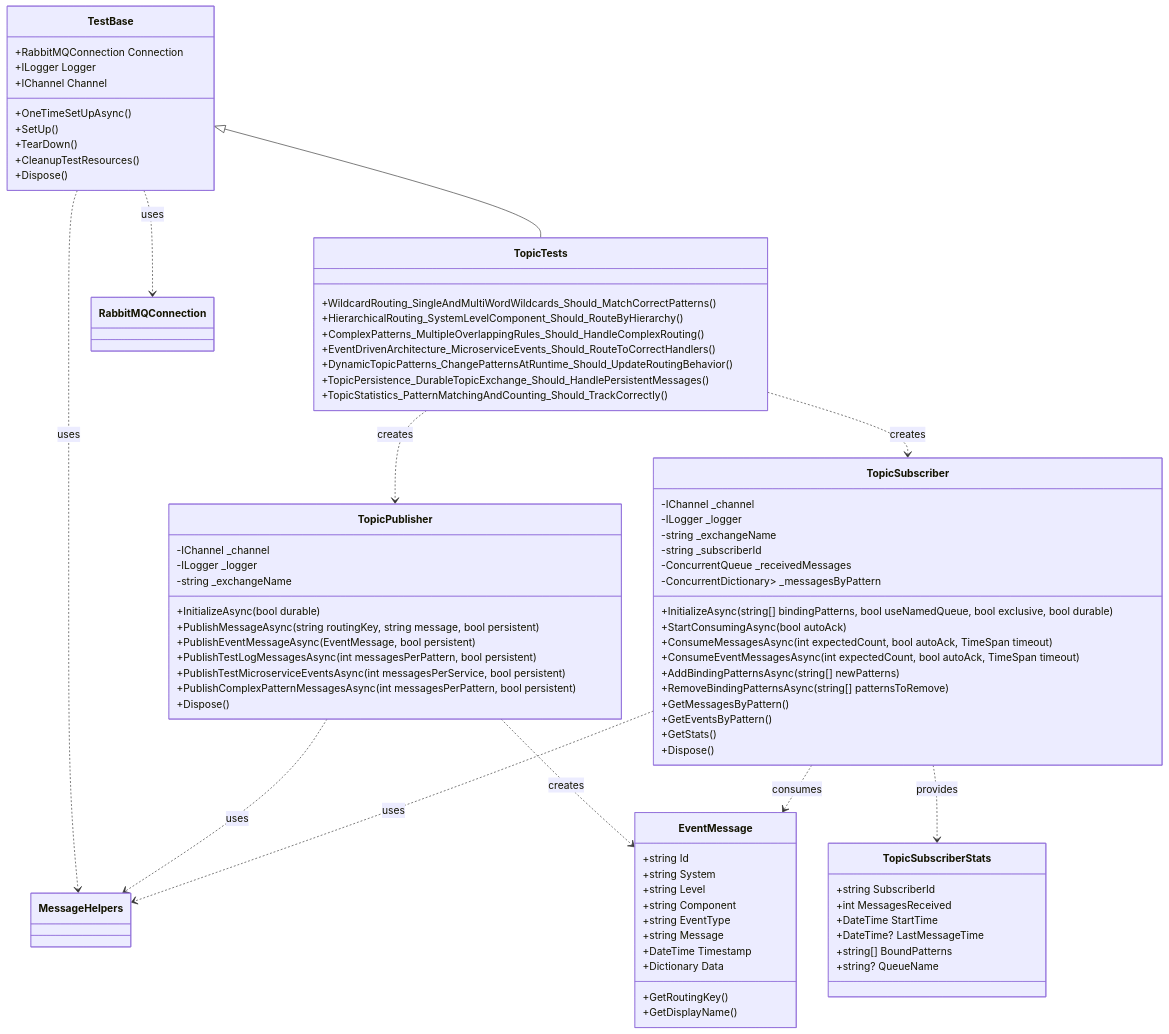
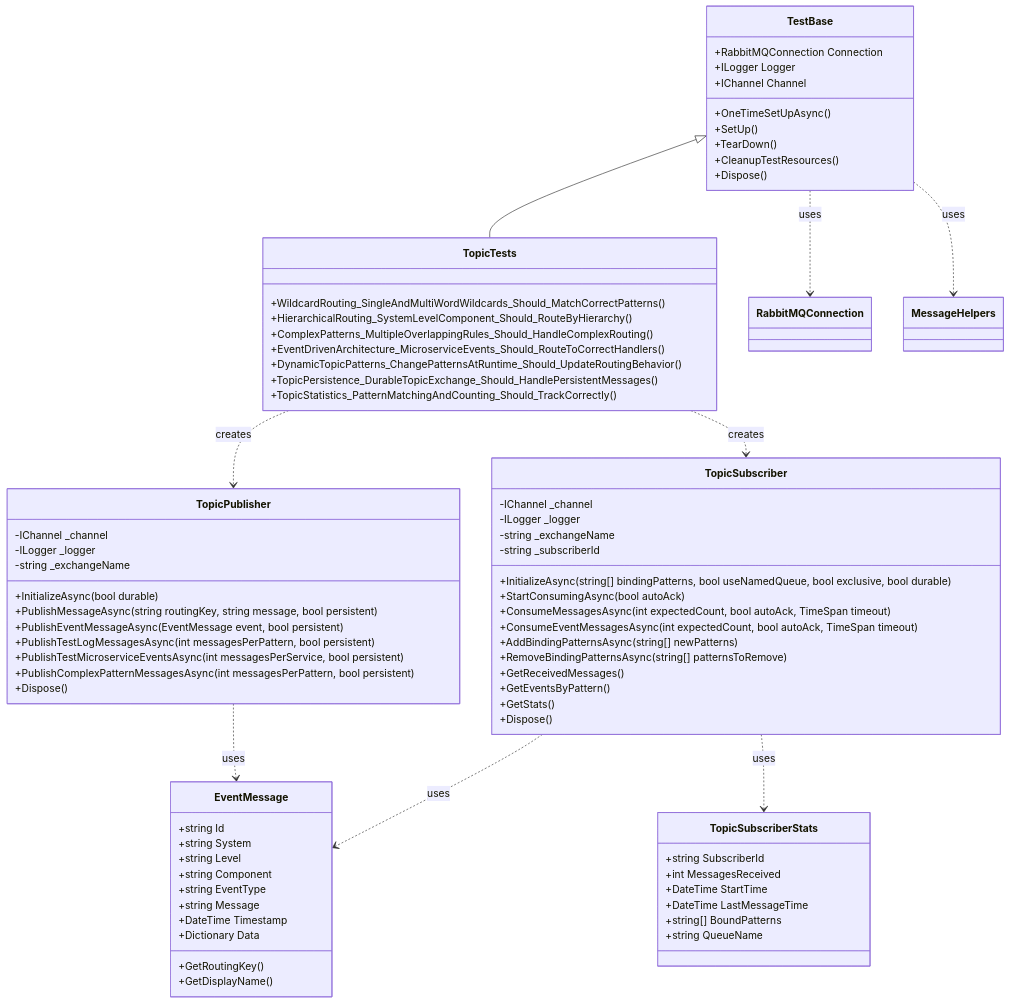
One commit to egarim/RabbitTests changed the fifth of 5 diagrams in RabbitTests/UseCase4_Topics/UseCase4_README.md. Above: the diagram before and after it, drawn with Mermaid. The commit also changed other lines of this file and 7 other files, not shown here.

````diff
--- a/RabbitTests/UseCase4_Topics/UseCase4_README.md
+++ b/RabbitTests/UseCase4_Topics/UseCase4_README.md
@@ -174,7 +168,7 @@
         -string _exchangeName
         +InitializeAsync(bool durable)
         +PublishMessageAsync(string routingKey, string message, bool persistent)
-        +PublishEventMessageAsync(EventMessage, bool persistent)
+        +PublishEventMessageAsync(EventMessage event, bool persistent)
         +PublishTestLogMessagesAsync(int messagesPerPattern, bool persistent)
         +PublishTestMicroserviceEventsAsync(int messagesPerService, bool persistent)
         +PublishComplexPatternMessagesAsync(int messagesPerPattern, bool persistent)
@@ -186,15 +180,13 @@
         -ILogger _logger
         -string _exchangeName
         -string _subscriberId
-        -ConcurrentQueue<string> _receivedMessages
-        -ConcurrentDictionary<string, List<string>> _messagesByPattern
         +InitializeAsync(string[] bindingPatterns, bool useNamedQueue, bool exclusive, bool durable)
         +StartConsumingAsync(bool autoAck)
         +ConsumeMessagesAsync(int expectedCount, bool autoAck, TimeSpan timeout)
         +ConsumeEventMessagesAsync(int expectedCount, bool autoAck, TimeSpan timeout)
         +AddBindingPatternsAsync(string[] newPatterns)
         +RemoveBindingPatternsAsync(string[] patternsToRemove)
-        +GetMessagesByPattern()
+        +GetReceivedMessages()
         +GetEventsByPattern()
         +GetStats()
         +Dispose()
@@ -208,7 +200,7 @@
         +string EventType
         +string Message
         +DateTime Timestamp
-        +Dictionary<string, object> Data
+        +Dictionary Data
         +GetRoutingKey()
         +GetDisplayName()
     }
@@ -217,9 +209,9 @@
         +string SubscriberId
         +int MessagesReceived
         +DateTime StartTime
-        +DateTime? LastMessageTime
+        +DateTime LastMessageTime
         +string[] BoundPatterns
-        +string? QueueName
+        +string QueueName
     }
     
     class TopicTests {
@@ -237,9 +229,7 @@
     TestBase ..> MessageHelpers : uses
     TopicTests ..> TopicPublisher : creates
     TopicTests ..> TopicSubscriber : creates
-    TopicPublisher ..> MessageHelpers : uses
-    TopicPublisher ..> EventMessage : creates
-    TopicSubscriber ..> MessageHelpers : uses
-    TopicSubscriber ..> EventMessage : consumes
-    TopicSubscriber ..> TopicSubscriberStats : provides
+    TopicPublisher ..> EventMessage : uses
+    TopicSubscriber ..> EventMessage : uses
+    TopicSubscriber ..> TopicSubscriberStats : uses
 ```
````
